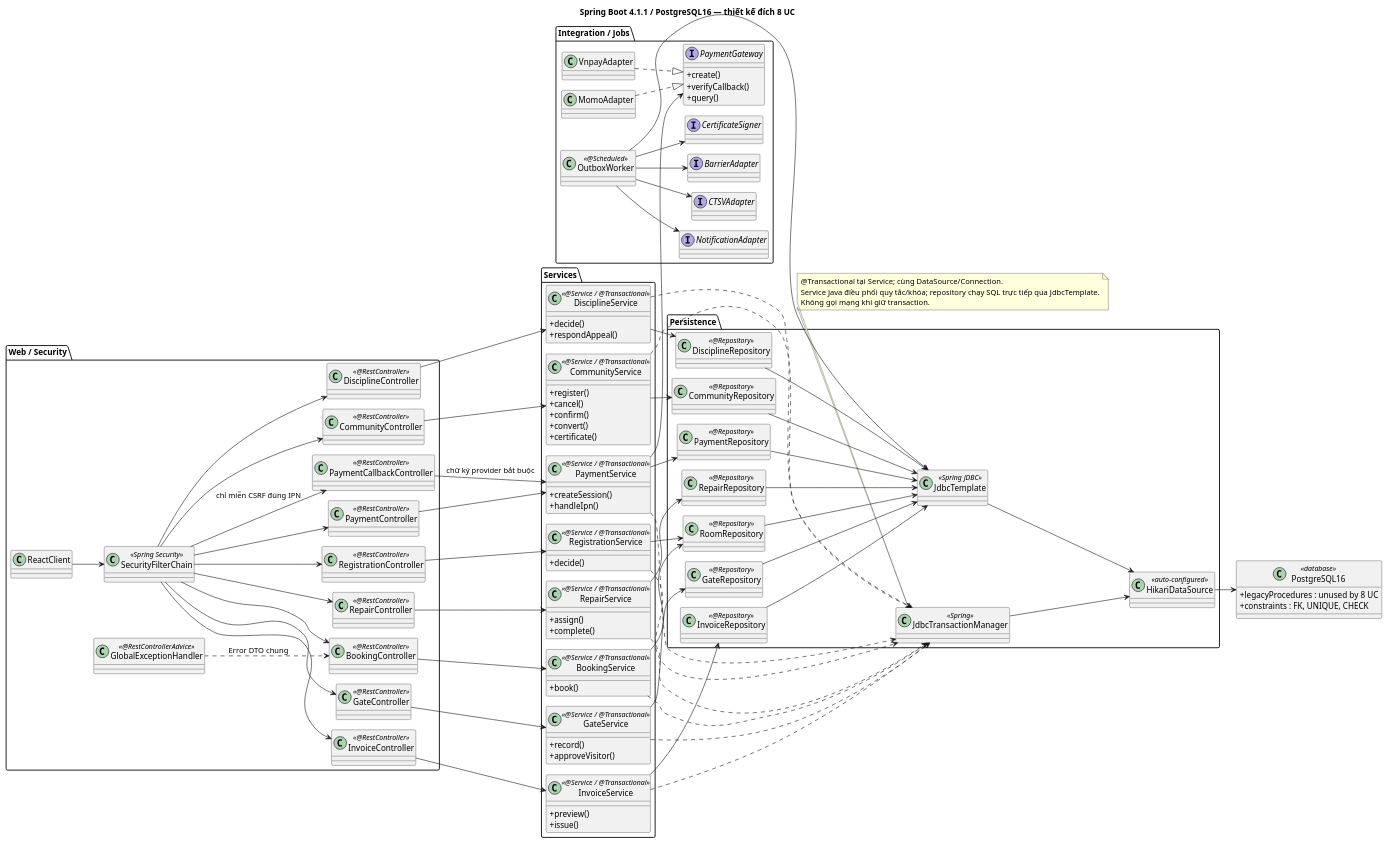
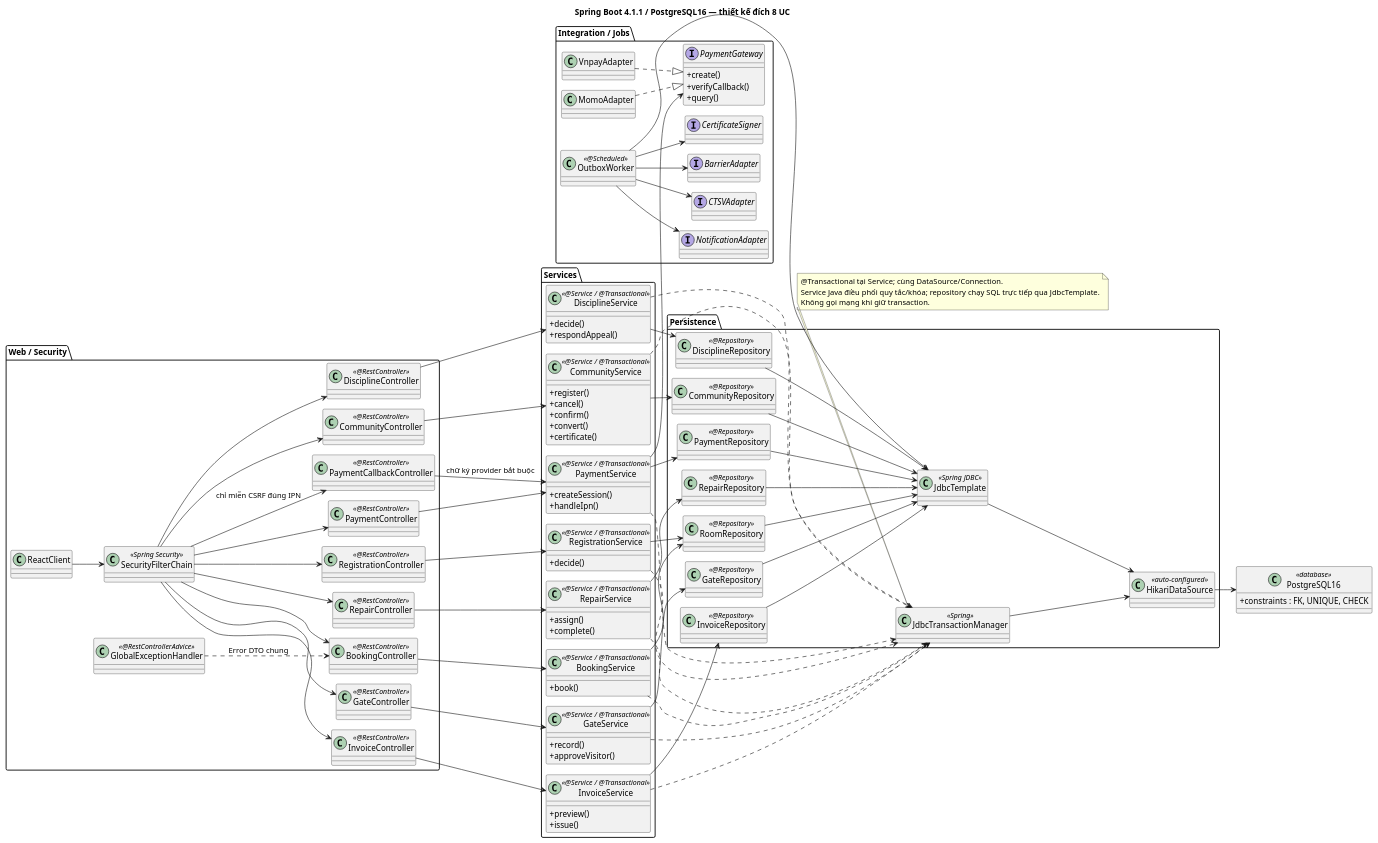
The diagram in docs/demo/class-diagrams/architecture.puml (caohoangphucs/hoc-cnpm), drawn with PlantUML before and after one commit. The commit also changed 59 other files, not shown here.

```diff
--- a/docs/demo/class-diagrams/architecture.puml
+++ b/docs/demo/class-diagrams/architecture.puml
@@ -1,144 +1,143 @@
 @startuml
 !pragma layout smetana
 skinparam classAttributeIconSize 0
 left to right direction
 title Spring Boot 4.1.1 / PostgreSQL16 — thiết kế đích 8 UC
 package "Web / Security" {
  class ReactClient
  class SecurityFilterChain <<Spring Security>>
  class GlobalExceptionHandler <<@RestControllerAdvice>>
  class BookingController <<@RestController>>
  class RegistrationController <<@RestController>>
  class InvoiceController <<@RestController>>
  class PaymentController <<@RestController>>
  class RepairController <<@RestController>>
  class GateController <<@RestController>>
  class DisciplineController <<@RestController>>
  class CommunityController <<@RestController>>
  class PaymentCallbackController <<@RestController>>
 }
 package "Services" {
  class BookingService <<@Service / @Transactional>> {
  +book()
 }
  class RegistrationService <<@Service / @Transactional>> {
  +decide()
 }
  class InvoiceService <<@Service / @Transactional>> {
  +preview()
  +issue()
 }
  class PaymentService <<@Service / @Transactional>> {
  +createSession()
  +handleIpn()
 }
  class RepairService <<@Service / @Transactional>> {
  +assign()
  +complete()
 }
  class GateService <<@Service / @Transactional>> {
  +record()
  +approveVisitor()
 }
  class DisciplineService <<@Service / @Transactional>> {
  +decide()
  +respondAppeal()
 }
  class CommunityService <<@Service / @Transactional>> {
  +register()
  +cancel()
  +confirm()
  +convert()
  +certificate()
 }
 }
 package "Persistence" {
  class RoomRepository <<@Repository>>
  class InvoiceRepository <<@Repository>>
  class PaymentRepository <<@Repository>>
  class RepairRepository <<@Repository>>
  class GateRepository <<@Repository>>
  class DisciplineRepository <<@Repository>>
  class CommunityRepository <<@Repository>>
  class JdbcTemplate <<Spring JDBC>>
  class JdbcTransactionManager <<Spring>>
  class HikariDataSource <<auto-configured>>
 }
 package "Integration / Jobs" {
  interface PaymentGateway {
   +create()
   +verifyCallback()
   +query()
  }
  class VnpayAdapter
  class MomoAdapter
  class OutboxWorker <<@Scheduled>>
  interface NotificationAdapter
  interface CTSVAdapter
  interface BarrierAdapter
  interface CertificateSigner
 }
 class PostgreSQL16 <<database>> {
- +legacyProcedures : unused by 8 UC
  +constraints : FK, UNIQUE, CHECK
 }
 ReactClient --> SecurityFilterChain
 SecurityFilterChain --> BookingController
 BookingController --> BookingService
 BookingService --> RoomRepository
 BookingService ..> JdbcTransactionManager
 SecurityFilterChain --> RegistrationController
 RegistrationController --> RegistrationService
 RegistrationService --> RoomRepository
 RegistrationService ..> JdbcTransactionManager
 SecurityFilterChain --> InvoiceController
 InvoiceController --> InvoiceService
 InvoiceService --> InvoiceRepository
 InvoiceService ..> JdbcTransactionManager
 SecurityFilterChain --> PaymentController
 PaymentController --> PaymentService
 PaymentService --> PaymentRepository
 PaymentService ..> JdbcTransactionManager
 SecurityFilterChain --> RepairController
 RepairController --> RepairService
 RepairService --> RepairRepository
 RepairService ..> JdbcTransactionManager
 SecurityFilterChain --> GateController
 GateController --> GateService
 GateService --> GateRepository
 GateService ..> JdbcTransactionManager
 SecurityFilterChain --> DisciplineController
 DisciplineController --> DisciplineService
 DisciplineService --> DisciplineRepository
 DisciplineService ..> JdbcTransactionManager
 SecurityFilterChain --> CommunityController
 CommunityController --> CommunityService
 CommunityService --> CommunityRepository
 CommunityService ..> JdbcTransactionManager
 RoomRepository --> JdbcTemplate
 InvoiceRepository --> JdbcTemplate
 PaymentRepository --> JdbcTemplate
 RepairRepository --> JdbcTemplate
 GateRepository --> JdbcTemplate
 DisciplineRepository --> JdbcTemplate
 CommunityRepository --> JdbcTemplate
 SecurityFilterChain --> PaymentCallbackController : chỉ miễn CSRF đúng IPN
 PaymentCallbackController --> PaymentService : chữ ký provider bắt buộc
 PaymentService --> PaymentGateway
 VnpayAdapter ..|> PaymentGateway
 MomoAdapter ..|> PaymentGateway
 JdbcTemplate --> HikariDataSource
 JdbcTransactionManager --> HikariDataSource
 HikariDataSource --> PostgreSQL16
 OutboxWorker --> JdbcTemplate
 OutboxWorker --> NotificationAdapter
 OutboxWorker --> CTSVAdapter
 OutboxWorker --> BarrierAdapter
 OutboxWorker --> CertificateSigner
 GlobalExceptionHandler ..> BookingController : Error DTO chung
 note bottom of JdbcTransactionManager
  @Transactional tại Service; cùng DataSource/Connection.
  Service Java điều phối quy tắc/khóa; repository chạy SQL trực tiếp qua JdbcTemplate.
  Không gọi mạng khi giữ transaction.
 end note
 @enduml
```
